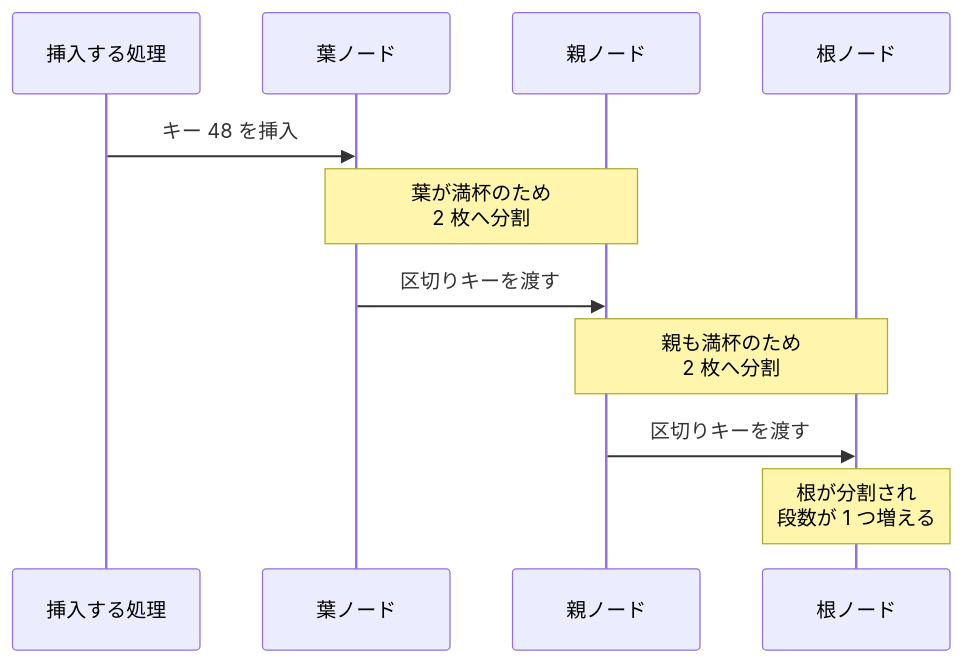
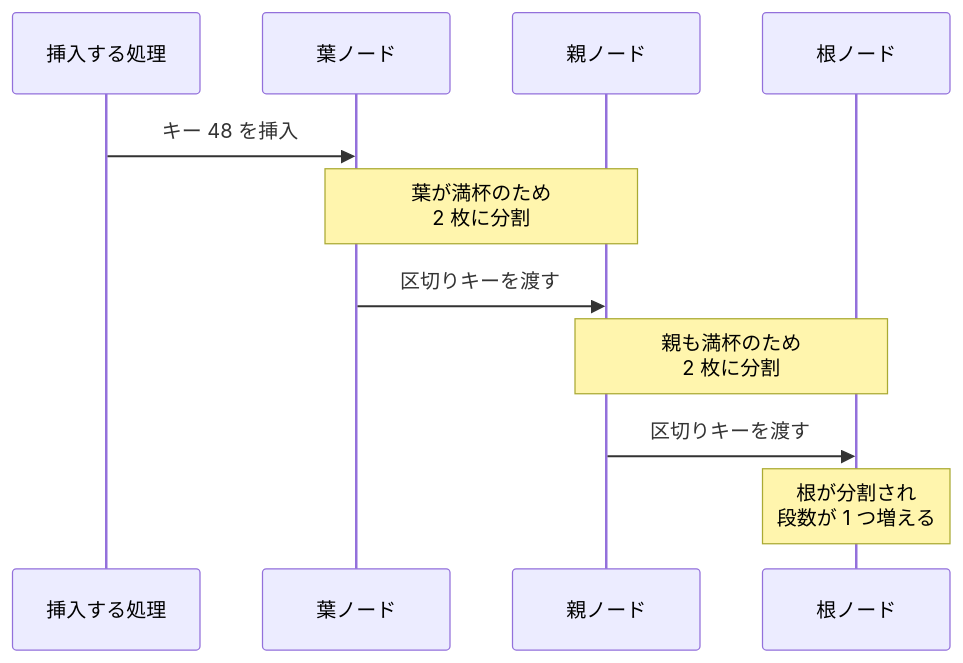
One commit to nao1215/debimate changed the sixth of 8 diagrams in content/notes/database-systems/b-tree/index.md. Above: the diagram before and after it, drawn with Mermaid. The commit also changed other lines of this file and 46 other files, not shown here.

````diff
--- a/content/notes/database-systems/b-tree/index.md
+++ b/content/notes/database-systems/b-tree/index.md
@@ -194,13 +194,13 @@
 ```mermaid
 sequenceDiagram
     participant C as 挿入する処理
     participant L as 葉ノード
     participant P as 親ノード
     participant R as 根ノード
     C->>L: キー 48 を挿入
-    Note over L,P: 葉が満杯のため<br/>2 枚へ分割
+    Note over L,P: 葉が満杯のため<br/>2 枚に分割
     L->>P: 区切りキーを渡す
-    Note over P,R: 親も満杯のため<br/>2 枚へ分割
+    Note over P,R: 親も満杯のため<br/>2 枚に分割
     P->>R: 区切りキーを渡す
     Note over R: 根が分割され<br/>段数が 1 つ増える
 ```
````
